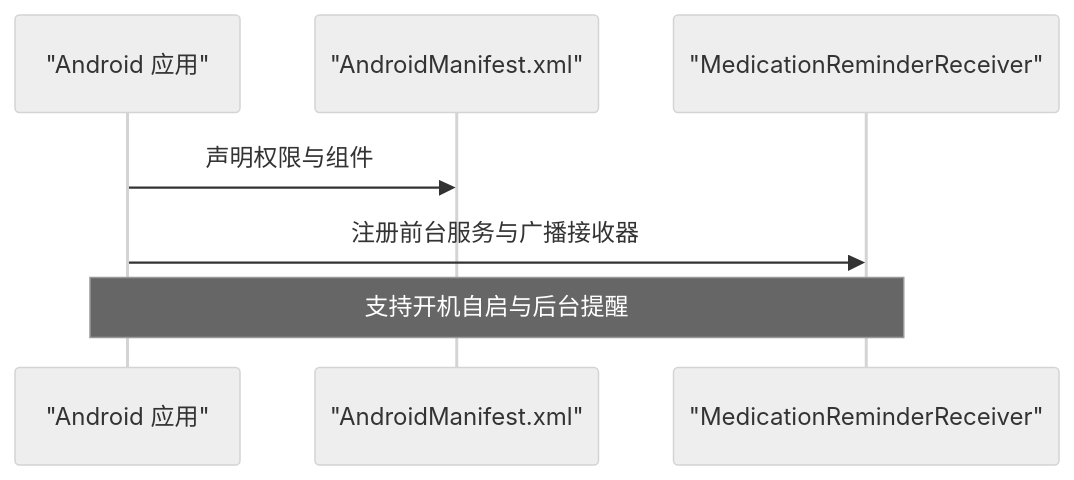
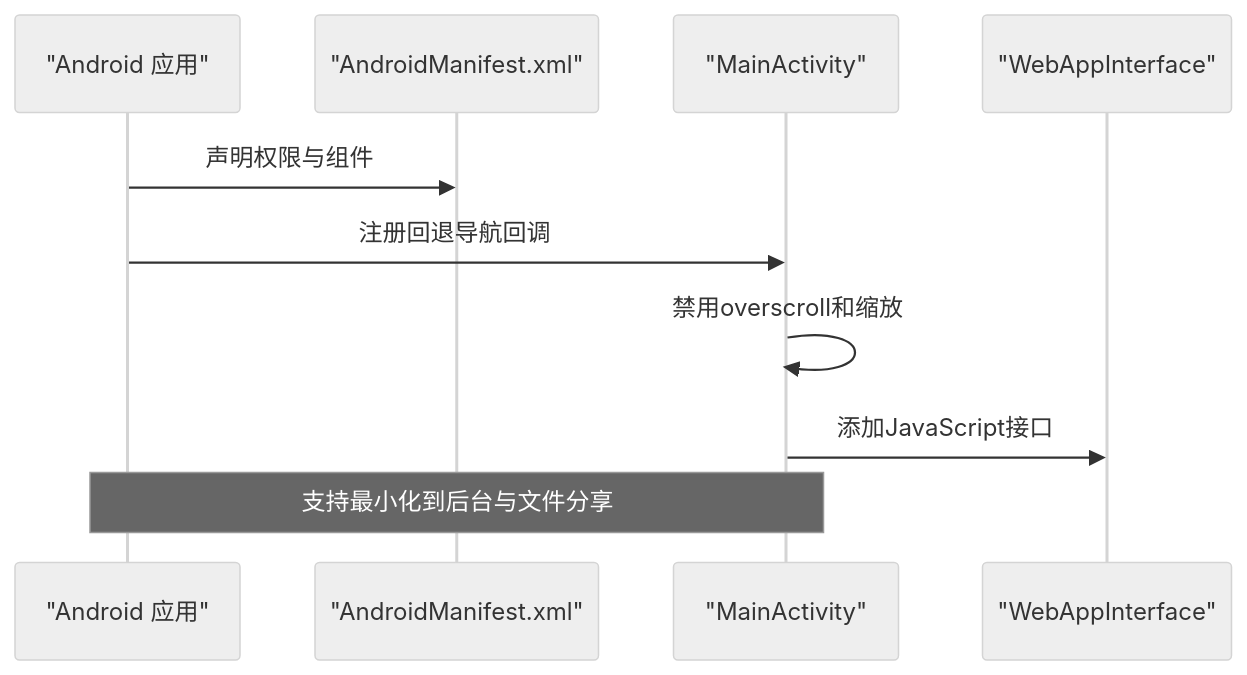
One commit to yn-zxj/Assetly changed the sixth of 9 diagrams in .qoder/repowiki/zh/content/移动端优化.md. Above: the diagram before and after it, drawn with Mermaid (neutral theme). The commit also changed other lines of this file and 14 other files, not shown here.

````diff
--- a/.qoder/repowiki/zh/content/移动端优化.md
+++ b/.qoder/repowiki/zh/content/移动端优化.md
@@ -219,9 +253,12 @@
 ```mermaid
 sequenceDiagram
 participant App as "Android 应用"
 participant Manifest as "AndroidManifest.xml"
-participant Service as "MedicationReminderReceiver"
+participant Activity as "MainActivity"
+participant Interface as "WebAppInterface"
 App->>Manifest : 声明权限与组件
-App->>Service : 注册前台服务与广播接收器
-Note over App,Service : 支持开机自启与后台提醒
+App->>Activity : 注册回退导航回调
+Activity->>Activity : 禁用overscroll和缩放
+Activity->>Interface : 添加JavaScript接口
+Note over App,Activity : 支持最小化到后台与文件分享
 ```
````
